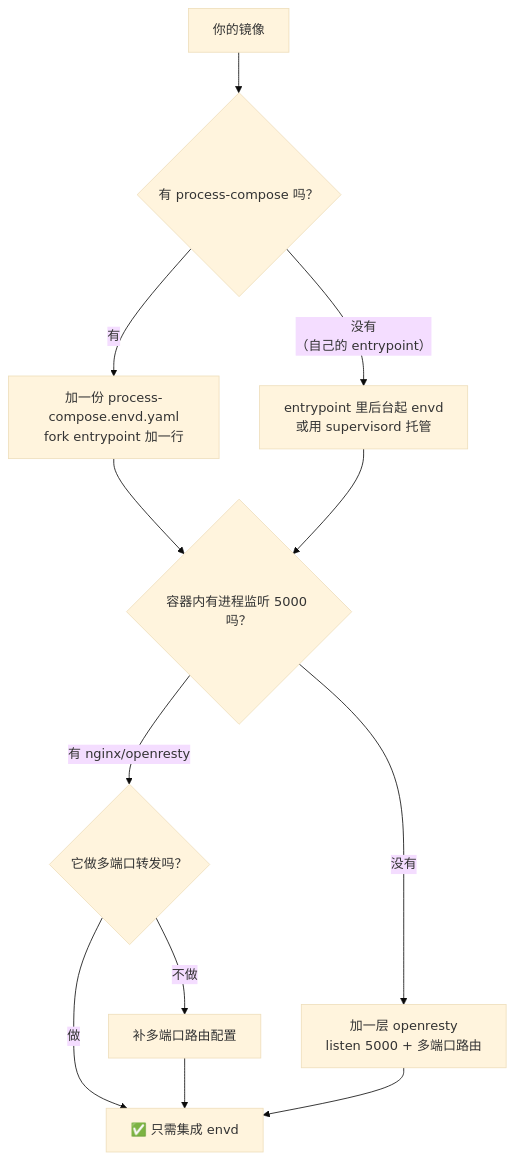
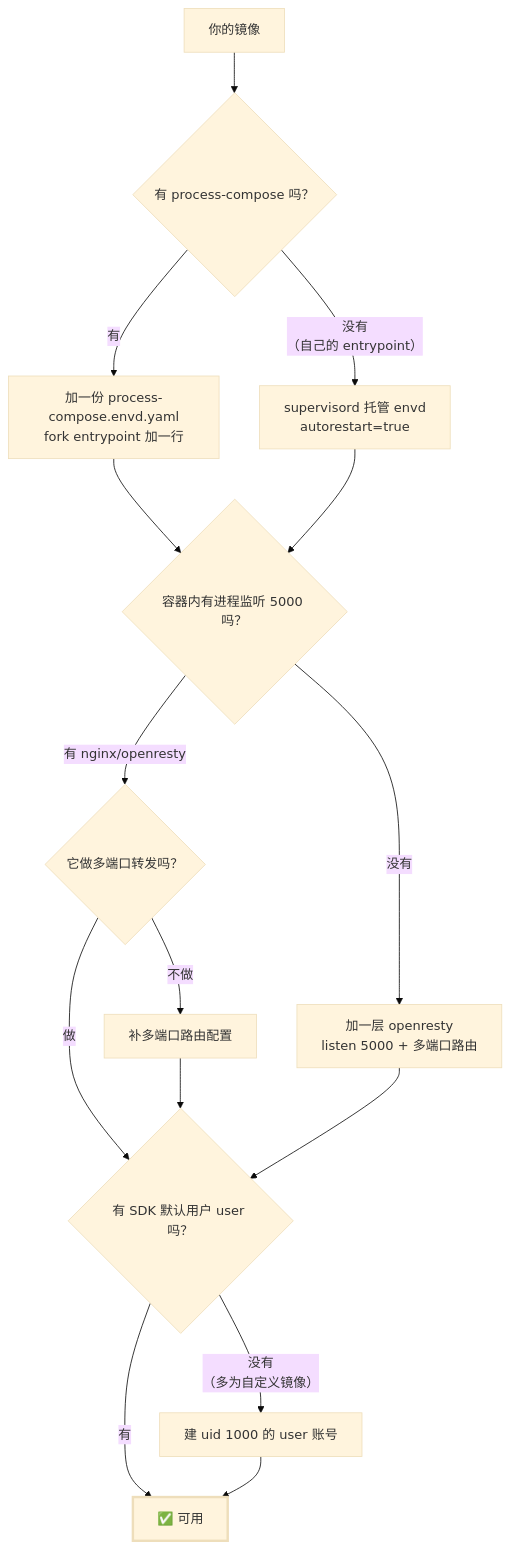
Before and after one commit to aliyun-fc/fc-docs: the fifth of 5 diagrams in docs/zh-CN/01.云沙箱/05.最佳实践/10.envd 集成教程：把你自己的镜像变成 e2b 沙箱模板.md, drawn with Mermaid (base theme). The commit also changed other lines of this file and 1 other file, not shown here.

First line of the commit message:
docs: sync envd tutorial EN with authoritative ZH source

````diff
--- a/docs/zh-CN/01.云沙箱/05.最佳实践/10.envd 集成教程：把你自己的镜像变成 e2b 沙箱模板.md
+++ b/docs/zh-CN/01.云沙箱/05.最佳实践/10.envd 集成教程：把你自己的镜像变成 e2b 沙箱模板.md
@@ -426,14 +426,19 @@
 ```mermaid
 flowchart TD
     A["你的镜像"] --> B{"有 process-compose 吗？"}
     B -->|有| B1["加一份 process-compose.envd.yaml<br/>fork entrypoint 加一行"]
-    B -->|"没有<br/>（自己的 entrypoint）"| B2["entrypoint 里后台起 envd<br/>或用 supervisord 托管"]
+    B -->|"没有<br/>（自己的 entrypoint）"| B2["supervisord 托管 envd<br/>autorestart=true"]
     B1 --> C{"容器内有进程监听 5000 吗？"}
     B2 --> C
     C -->|有 nginx/openresty| C1{"它做多端口转发吗？"}
     C -->|"没有"| C2["加一层 openresty<br/>listen 5000 + 多端口路由"]
-    C1 -->|做| D["✅ 只需集成 envd"]
+    C1 -->|做| D{"有 SDK 默认用户 user 吗？"}
     C1 -->|不做| C3["补多端口路由配置"]
     C2 --> D
     C3 --> D
+    D -->|有| OK["✅ 可用"]
+    D -->|"没有<br/>（多为自定义镜像）"| D1["建 uid 1000 的 user 账号"]
+    D1 --> OK
+
+    style OK stroke-width:3px
 ```
````
